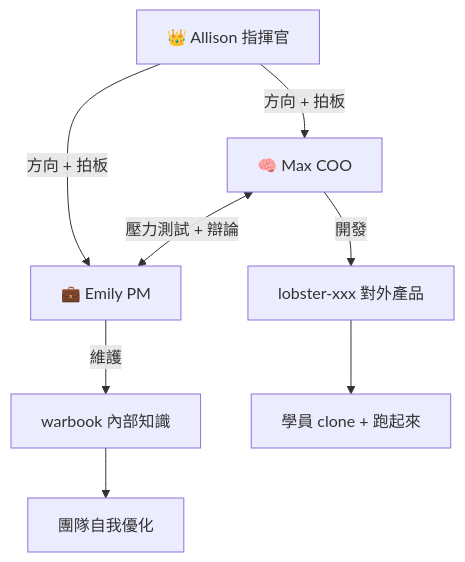
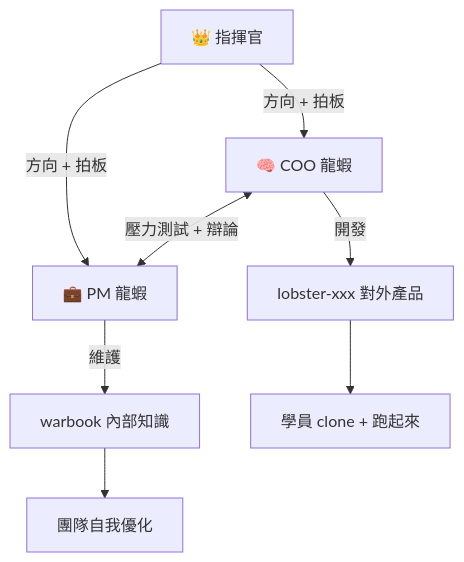
Before and after one commit to maxtsai01/lobster-ai-warbook: the diagram in README.md, drawn with Mermaid. The commit also changed other lines of this file, not shown here.

````diff
--- a/README.md
+++ b/README.md
@@ -33,10 +70,10 @@
 ```mermaid
 graph TD
-    A[👑 Allison 指揮官] -->|方向 + 拍板| B[🧠 Max COO]
-    A -->|方向 + 拍板| C[💼 Emily PM]
+    A[👑 指揮官] -->|方向 + 拍板| B[🧠 COO 龍蝦]
+    A -->|方向 + 拍板| C[💼 PM 龍蝦]
     B <-->|壓力測試 + 辯論| C
     B -->|開發| D[lobster-xxx 對外產品]
     C -->|維護| E[warbook 內部知識]
     D --> F[學員 clone + 跑起來]
     E --> G[團隊自我優化]
 ```
````
